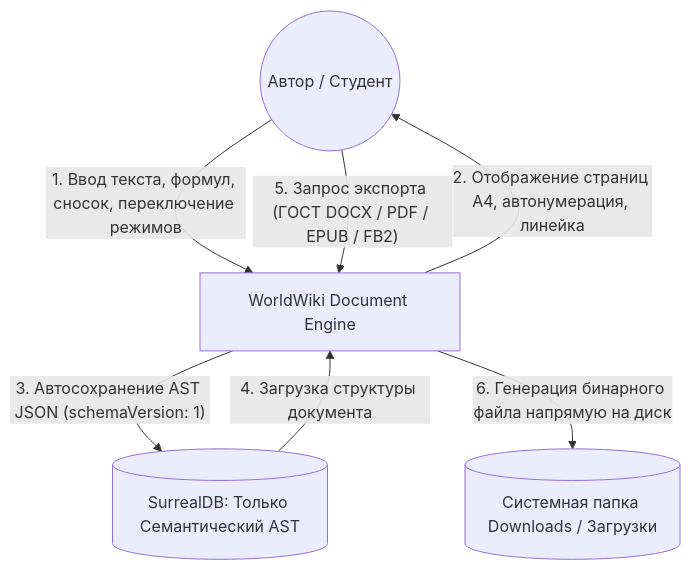
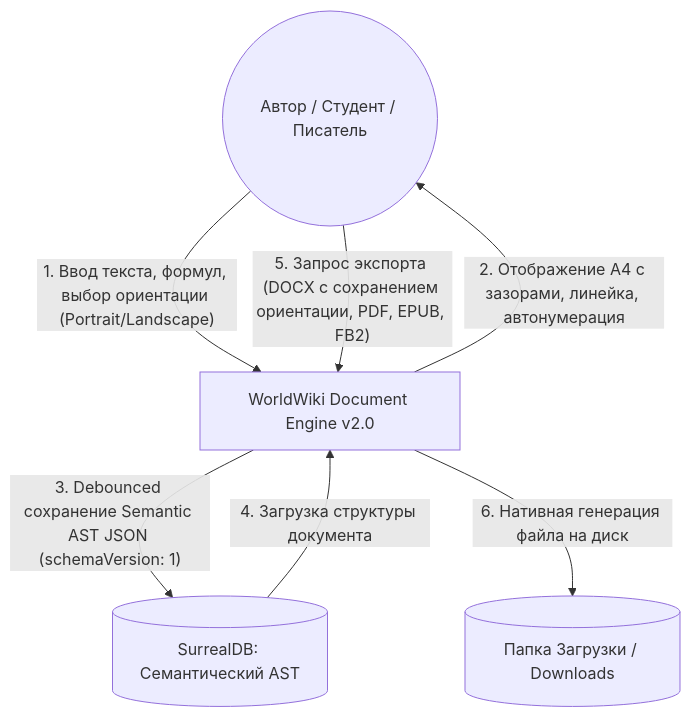
The first of 4 diagrams in www.md (nagisokyn-prog/WorldWiki), drawn with Mermaid before and after one commit. The commit also changed other lines of this file and 31 other files, not shown here.

````diff
--- a/www.md
+++ b/www.md
@@ -258,16 +153,16 @@
 ```mermaid
 flowchart TD
-    Author((Автор / Студент))
-    Engine[WorldWiki Document Engine]
-    SurrealDB[(SurrealDB: Только Семантический AST)]
-    DownloadsDir[(Системная папка Downloads / Загрузки)]
+    Author((Автор / Студент / Писатель))
+    WorldWikiApp[WorldWiki Document Engine v2.0]
+    SurrealDB[(SurrealDB: Семантический AST)]
+    DownloadsDir[(Папка Загрузки / Downloads)]
 
-    Author -- "1. Ввод текста, формул, сносок, переключение режимов" --> Engine
-    Engine -- "2. Отображение страниц А4, автонумерация, линейка" --> Author
+    Author -- "1. Ввод текста, формул, выбор ориентации (Portrait/Landscape)" --> WorldWikiApp
+    WorldWikiApp -- "2. Отображение А4 с зазорами, линейка, автонумерация" --> Author
 
-    Engine -- "3. Автосохранение AST JSON (schemaVersion: 1)" --> SurrealDB
-    SurrealDB -- "4. Загрузка структуры документа" --> Engine
+    WorldWikiApp -- "3. Debounced сохранение Semantic AST JSON (schemaVersion: 1)" --> SurrealDB
+    SurrealDB -- "4. Загрузка структуры документа" --> WorldWikiApp
 
-    Author -- "5. Запрос экспорта (ГОСТ DOCX / PDF / EPUB / FB2)" --> Engine
-    Engine -- "6. Генерация бинарного файла напрямую на диск" --> DownloadsDir
+    Author -- "5. Запрос экспорта (DOCX с сохранением ориентации, PDF, EPUB, FB2)" --> WorldWikiApp
+    WorldWikiApp -- "6. Нативная генерация файла на диск" --> DownloadsDir
 ```
````
